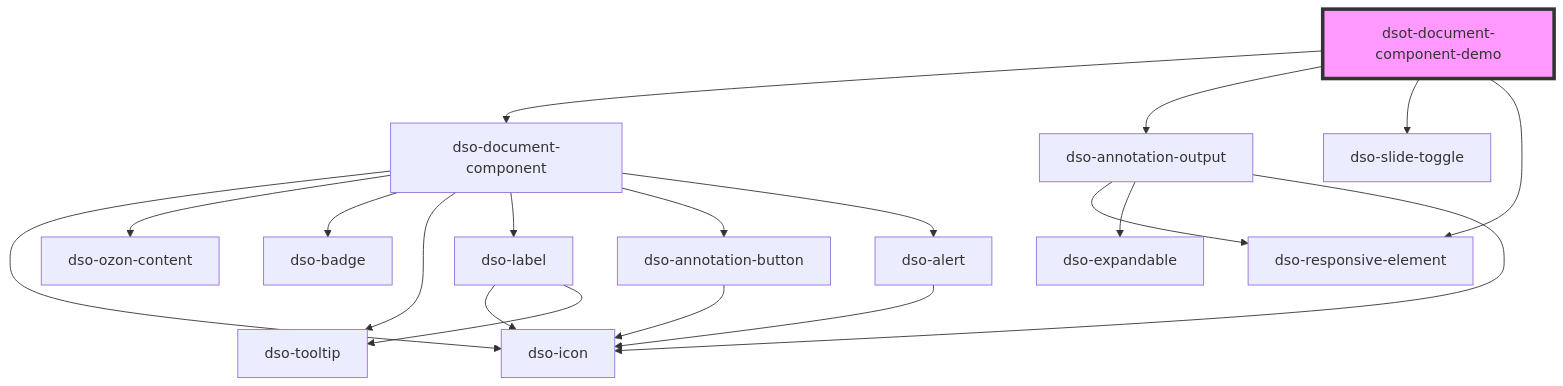
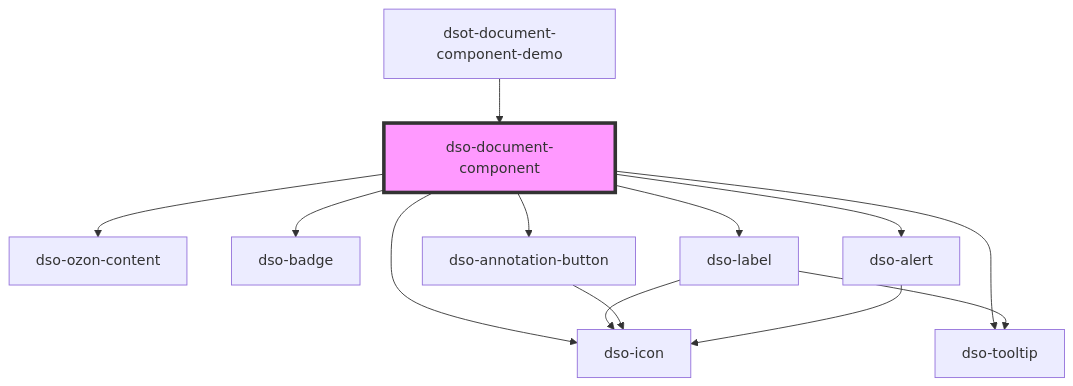
Before and after one commit to dso-toolkit/dso-toolkit: the diagram in packages/core/src/components/document-component/readme.md, drawn with Mermaid. The commit also changed other lines of this file and 60 other files, not shown here.

Commit message:
#2240 [Added] Document Component: Diverse bevindingen

````diff
--- a/packages/core/src/components/document-component/readme.md
+++ b/packages/core/src/components/document-component/readme.md
@@ -18,22 +57,16 @@
 ```mermaid
 graph TD;
-  dsot-document-component-demo --> dso-document-component
-  dsot-document-component-demo --> dso-annotation-output
-  dsot-document-component-demo --> dso-slide-toggle
-  dsot-document-component-demo --> dso-responsive-element
   dso-document-component --> dso-icon
   dso-document-component --> dso-ozon-content
   dso-document-component --> dso-badge
   dso-document-component --> dso-tooltip
   dso-document-component --> dso-label
   dso-document-component --> dso-annotation-button
   dso-document-component --> dso-alert
   dso-label --> dso-icon
   dso-label --> dso-tooltip
   dso-annotation-button --> dso-icon
   dso-alert --> dso-icon
-  dso-annotation-output --> dso-responsive-element
-  dso-annotation-output --> dso-expandable
-  dso-annotation-output --> dso-icon
-  style dsot-document-component-demo fill:#f9f,stroke:#333,stroke-width:4px
+  dsot-document-component-demo --> dso-document-component
+  style dso-document-component fill:#f9f,stroke:#333,stroke-width:4px
 ```
````
